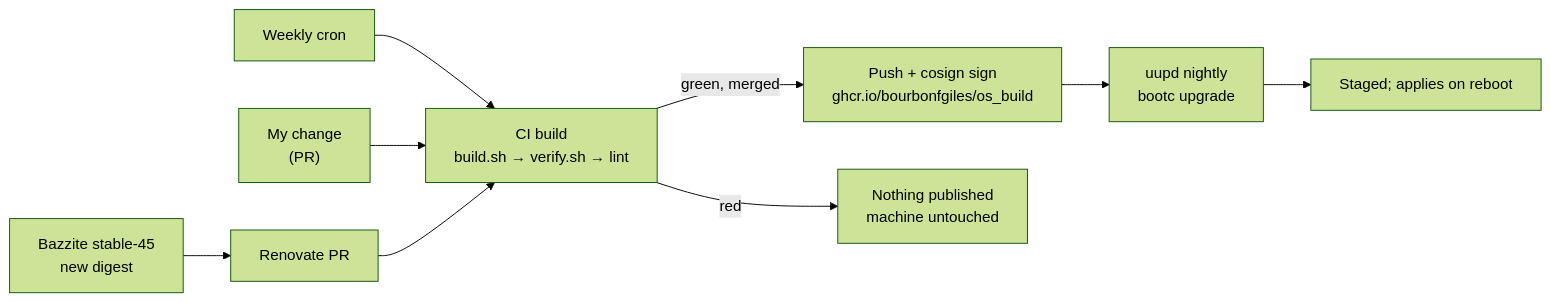
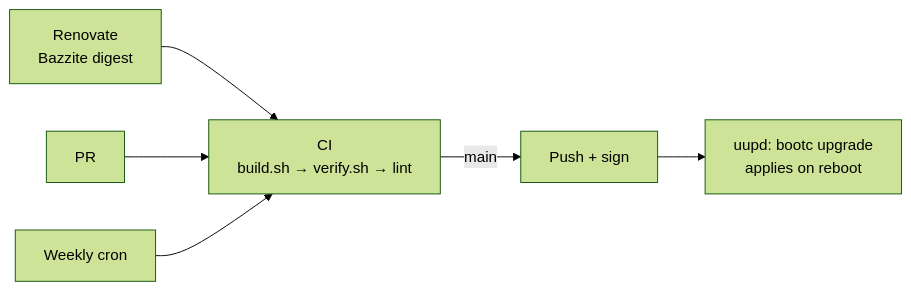
One commit to bourbonfgiles/os_build changed the diagram in README.md. Above: the diagram before and after it, drawn with Mermaid (forest theme). The commit also changed other lines of this file and 5 other files, not shown here.

````diff
--- a/README.md
+++ b/README.md
@@ -15,11 +11,8 @@
 ```mermaid
 flowchart LR
-  bz["Bazzite stable-45<br/>new digest"] --> ren["Renovate PR"]
+  ren["Renovate<br/>Bazzite digest"] --> ci
+  pr["PR"] --> ci
   cron["Weekly cron"] --> ci
-  me["My change<br/>(PR)"] --> ci
-  ren --> ci["CI build<br/>build.sh → verify.sh → lint"]
-  ci -->|green, merged| push["Push + cosign sign<br/>ghcr.io/bourbonfgiles/os_build"]
-  ci -->|red| stop["Nothing published<br/>machine untouched"]
-  push --> uupd["uupd nightly<br/>bootc upgrade"]
-  uupd --> boot["Staged; applies on reboot"]
+  ci["CI<br/>build.sh → verify.sh → lint"] -->|main| push["Push + sign"]
+  push --> uupd["uupd: bootc upgrade<br/>applies on reboot"]
 ```
````
